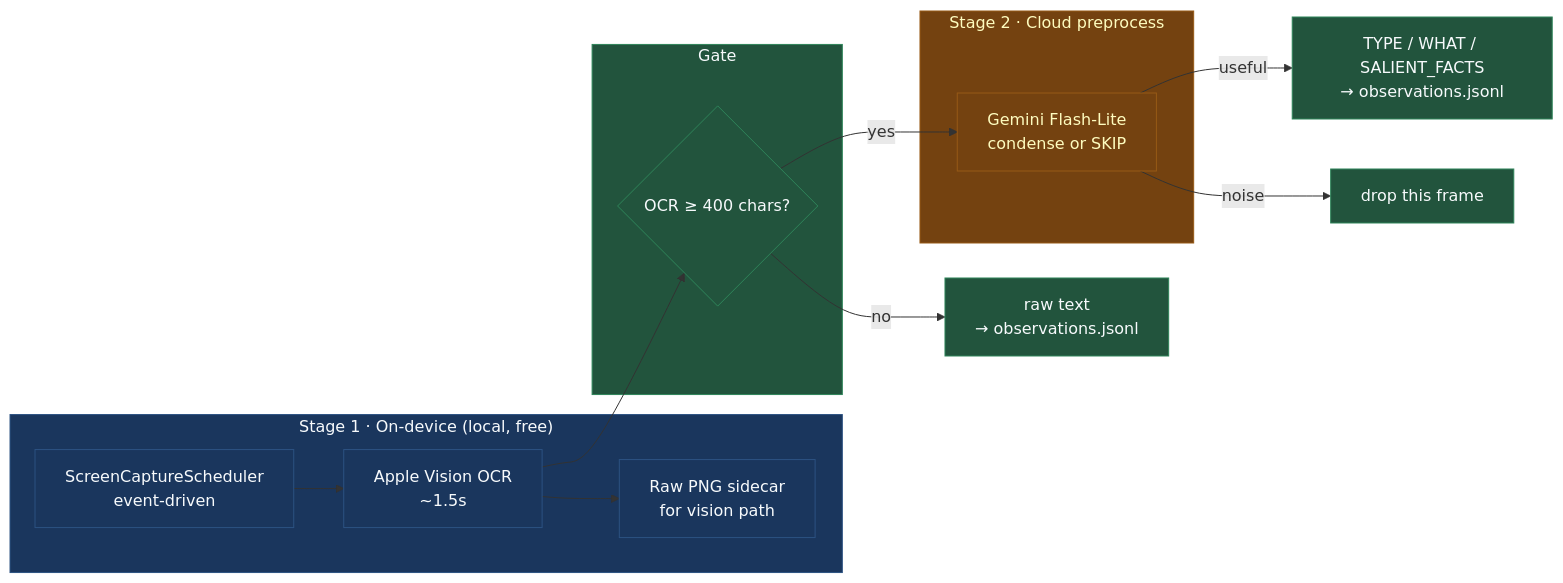
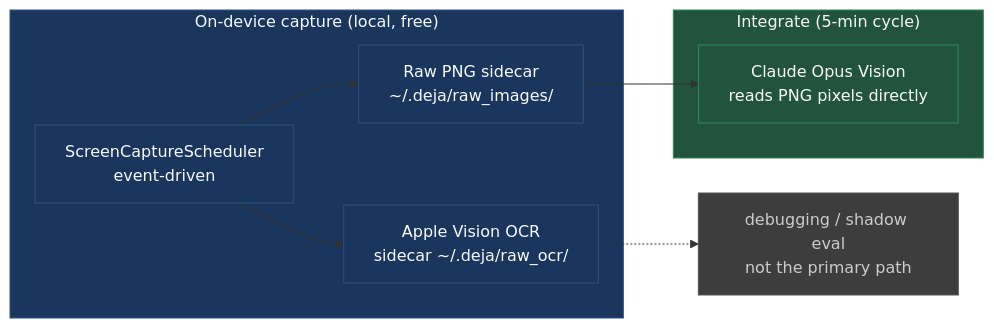
One commit to dwurtz/lighthouse changed the second of 3 diagrams in docs-site/docs/signals.md. Above: the diagram before and after it, drawn with Mermaid. The commit also changed other lines of this file and 5 other files, not shown here.

First line of the commit message:
docs-site: scrub Gemini/Flash-Lite from teaching narrative; integrate is Claude Vision

````diff
--- a/docs-site/docs/signals.md
+++ b/docs-site/docs/signals.md
@@ -96,33 +96,24 @@
 ```mermaid
 flowchart LR
-    subgraph Stage1["Stage 1 · On-device (local, free)"]
+    subgraph Capture["On-device capture (local, free)"]
         Cap[ScreenCaptureScheduler<br/>event-driven]
-        OCR[Apple Vision OCR<br/>~1.5s]
-        Sidecar[Raw PNG sidecar<br/>for vision path]
+        PNG[Raw PNG sidecar<br/>~/.deja/raw_images/]
+        OCR[Apple Vision OCR<br/>sidecar ~/.deja/raw_ocr/]
     end
 
-    subgraph Gate
-        G{"OCR ≥ 400 chars?"}
+    subgraph Integrate["Integrate (5-min cycle)"]
+        Claude[Claude Opus Vision<br/>reads PNG pixels directly]
     end
 
-    subgraph Stage2["Stage 2 · Cloud preprocess"]
-        FL[Gemini Flash-Lite<br/>condense or SKIP]
-    end
+    Cap --> PNG
+    Cap --> OCR
+    PNG --> Claude
+    OCR -.-> Debug[debugging / shadow eval<br/>not the primary path]
 
-    Cap --> OCR
-    OCR --> Sidecar
-    OCR --> G
-    G -->|yes| FL
-    G -->|no| Raw[raw text<br/>→ observations.jsonl]
-    FL -->|useful| Cond["TYPE / WHAT / SALIENT_FACTS<br/>→ observations.jsonl"]
-    FL -->|noise| Drop[drop this frame]
-
-    classDef stage1 fill:#1a365d,stroke:#2c5282,color:#f7fafc
-    classDef stage2 fill:#744210,stroke:#975a16,color:#fefcbf
-    classDef gate fill:#22543d,stroke:#2f855a,color:#f7fafc
-    classDef out fill:#22543d,stroke:#2f855a,color:#f7fafc
-    class Stage1,Cap,OCR,Sidecar stage1
-    class Stage2,FL stage2
-    class Gate,G gate
-    class Raw,Cond,Drop out
+    classDef local fill:#1a365d,stroke:#2c5282,color:#f7fafc
+    classDef primary fill:#22543d,stroke:#2f855a,color:#f7fafc
+    classDef aside fill:#3d3d3d,stroke:#555,color:#ccc
+    class Capture,Cap,PNG,OCR local
+    class Integrate,Claude primary
+    class Debug aside
 ```
````
